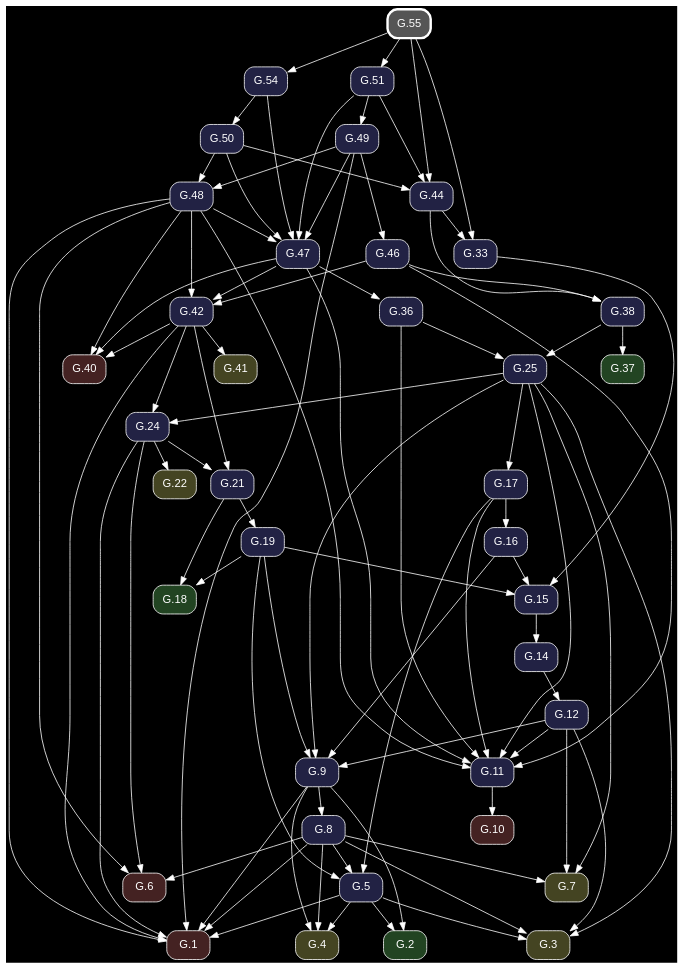
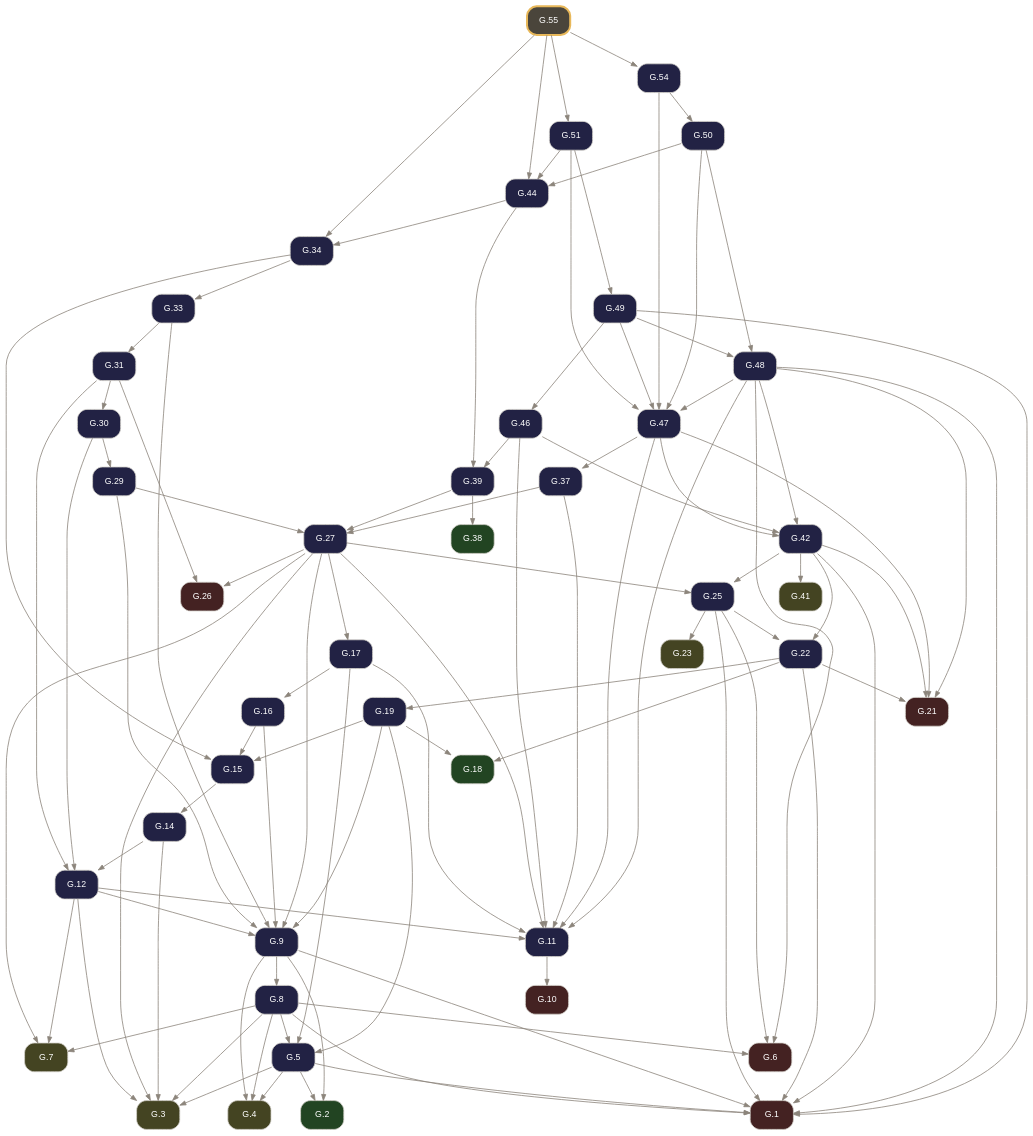
One commit to geometor/elements changed the diagram in docsrc/elements2/G.55/index.rst. Above: the diagram before and after it, drawn with Graphviz. The commit also changed other lines of this file and 261 other files, not shown here.

Commit message:
feat: rebuild Elements 2.0 G-Index pipeline from composed Euclid Heath edition (v0.3.0)

```diff
--- a/docsrc/elements2/G.55/index.rst
+++ b/docsrc/elements2/G.55/index.rst
@@ -37,129 +65,148 @@
 .. graphviz::
 
    digraph {
-     bgcolor="black";
-     node [shape=box, style="rounded,filled", fontname="Helvetica", color="white", fontcolor="white"];
-     edge [color="white", fontcolor="white"];
+     bgcolor="transparent";
+     node [shape=box, style="rounded,filled", fontname="Helvetica", fontsize=11, color="#d6d3cd", fontcolor="#ffffff"];
+     edge [color="#8c857b", fontcolor="#8c857b", arrowsize=0.75];
      rankdir="TB";
-     "G.50" [label="G.50", fillcolor="#222244", URL="/elements2/G.50/", target="_top"];
-     "G.55" [label="G.55", penwidth=3, color="white", fillcolor="#555555", URL="/elements2/G.55/", target="_top"];
-     "G.19" [label="G.19", fillcolor="#222244", URL="/elements2/G.19/", target="_top"];
-     "G.46" [label="G.46", fillcolor="#222244", URL="/elements2/G.46/", target="_top"];
-     "G.24" [label="G.24", fillcolor="#222244", URL="/elements2/G.24/", target="_top"];
-     "G.21" [label="G.21", fillcolor="#222244", URL="/elements2/G.21/", target="_top"];
-     "G.10" [label="G.10", fillcolor="#442222", URL="/elements2/G.10/", target="_top"];
-     "G.42" [label="G.42", fillcolor="#222244", URL="/elements2/G.42/", target="_top"];
-     "G.17" [label="G.17", fillcolor="#222244", URL="/elements2/G.17/", target="_top"];
-     "G.15" [label="G.15", fillcolor="#222244", URL="/elements2/G.15/", target="_top"];
-     "G.3" [label="G.3", fillcolor="#444422", URL="/elements2/G.3/", target="_top"];
-     "G.5" [label="G.5", fillcolor="#222244", URL="/elements2/G.5/", target="_top"];
-     "G.1" [label="G.1", fillcolor="#442222", URL="/elements2/G.1/", target="_top"];
-     "G.2" [label="G.2", fillcolor="#224422", URL="/elements2/G.2/", target="_top"];
-     "G.12" [label="G.12", fillcolor="#222244", URL="/elements2/G.12/", target="_top"];
-     "G.22" [label="G.22", fillcolor="#444422", URL="/elements2/G.22/", target="_top"];
-     "G.54" [label="G.54", fillcolor="#222244", URL="/elements2/G.54/", target="_top"];
-     "G.8" [label="G.8", fillcolor="#222244", URL="/elements2/G.8/", target="_top"];
-     "G.25" [label="G.25", fillcolor="#222244", URL="/elements2/G.25/", target="_top"];
-     "G.49" [label="G.49", fillcolor="#222244", URL="/elements2/G.49/", target="_top"];
-     "G.18" [label="G.18", fillcolor="#224422", URL="/elements2/G.18/", target="_top"];
-     "G.40" [label="G.40", fillcolor="#442222", URL="/elements2/G.40/", target="_top"];
-     "G.4" [label="G.4", fillcolor="#444422", URL="/elements2/G.4/", target="_top"];
-     "G.16" [label="G.16", fillcolor="#222244", URL="/elements2/G.16/", target="_top"];
-     "G.6" [label="G.6", fillcolor="#442222", URL="/elements2/G.6/", target="_top"];
-     "G.38" [label="G.38", fillcolor="#222244", URL="/elements2/G.38/", target="_top"];
-     "G.48" [label="G.48", fillcolor="#222244", URL="/elements2/G.48/", target="_top"];
-     "G.7" [label="G.7", fillcolor="#444422", URL="/elements2/G.7/", target="_top"];
-     "G.41" [label="G.41", fillcolor="#444422", URL="/elements2/G.41/", target="_top"];
-     "G.51" [label="G.51", fillcolor="#222244", URL="/elements2/G.51/", target="_top"];
-     "G.14" [label="G.14", fillcolor="#222244", URL="/elements2/G.14/", target="_top"];
-     "G.36" [label="G.36", fillcolor="#222244", URL="/elements2/G.36/", target="_top"];
-     "G.9" [label="G.9", fillcolor="#222244", URL="/elements2/G.9/", target="_top"];
-     "G.37" [label="G.37", fillcolor="#224422", URL="/elements2/G.37/", target="_top"];
-     "G.11" [label="G.11", fillcolor="#222244", URL="/elements2/G.11/", target="_top"];
-     "G.44" [label="G.44", fillcolor="#222244", URL="/elements2/G.44/", target="_top"];
-     "G.33" [label="G.33", fillcolor="#222244", URL="/elements2/G.33/", target="_top"];
-     "G.47" [label="G.47", fillcolor="#222244", URL="/elements2/G.47/", target="_top"];
-     "G.54" -> "G.50";
-     "G.21" -> "G.19";
-     "G.49" -> "G.46";
-     "G.25" -> "G.24";
-     "G.42" -> "G.24";
-     "G.24" -> "G.21";
-     "G.42" -> "G.21";
-     "G.11" -> "G.10";
-     "G.47" -> "G.42";
-     "G.46" -> "G.42";
-     "G.48" -> "G.42";
-     "G.25" -> "G.17";
-     "G.19" -> "G.15";
-     "G.16" -> "G.15";
-     "G.33" -> "G.15";
+     "G.1" [label="G.1", tooltip="G.1 (I.cn.1)", fillcolor="#442222", URL="../G.1/index.html", target="_top"];
+     "G.2" [label="G.2", tooltip="G.2 (I.def.15)", fillcolor="#224422", URL="../G.2/index.html", target="_top"];
+     "G.3" [label="G.3", tooltip="G.3 (I.post.1)", fillcolor="#444422", URL="../G.3/index.html", target="_top"];
+     "G.4" [label="G.4", tooltip="G.4 (I.post.3)", fillcolor="#444422", URL="../G.4/index.html", target="_top"];
+     "G.5" [label="G.5", tooltip="G.5 (I.1)", fillcolor="#222244", URL="../G.5/index.html", target="_top"];
+     "G.6" [label="G.6", tooltip="G.6 (I.cn.3)", fillcolor="#442222", URL="../G.6/index.html", target="_top"];
+     "G.7" [label="G.7", tooltip="G.7 (I.post.2)", fillcolor="#444422", URL="../G.7/index.html", target="_top"];
+     "G.8" [label="G.8", tooltip="G.8 (I.2)", fillcolor="#222244", URL="../G.8/index.html", target="_top"];
+     "G.9" [label="G.9", tooltip="G.9 (I.3)", fillcolor="#222244", URL="../G.9/index.html", target="_top"];
+     "G.10" [label="G.10", tooltip="G.10 (I.cn.4)", fillcolor="#442222", URL="../G.10/index.html", target="_top"];
+     "G.11" [label="G.11", tooltip="G.11 (I.4)", fillcolor="#222244", URL="../G.11/index.html", target="_top"];
+     "G.12" [label="G.12", tooltip="G.12 (I.5)", fillcolor="#222244", URL="../G.12/index.html", target="_top"];
+     "G.14" [label="G.14", tooltip="G.14 (I.7)", fillcolor="#222244", URL="../G.14/index.html", target="_top"];
+     "G.15" [label="G.15", tooltip="G.15 (I.8)", fillcolor="#222244", URL="../G.15/index.html", target="_top"];
+     "G.16" [label="G.16", tooltip="G.16 (I.9)", fillcolor="#222244", URL="../G.16/index.html", target="_top"];
+     "G.17" [label="G.17", tooltip="G.17 (I.10)", fillcolor="#222244", URL="../G.17/index.html", target="_top"];
+     "G.18" [label="G.18", tooltip="G.18 (I.def.10)", fillcolor="#224422", URL="../G.18/index.html", target="_top"];
+     "G.19" [label="G.19", tooltip="G.19 (I.11)", fillcolor="#222244", URL="../G.19/index.html", target="_top"];
+     "G.21" [label="G.21", tooltip="G.21 (I.cn.2)", fillcolor="#442222", URL="../G.21/index.html", target="_top"];
+     "G.22" [label="G.22", tooltip="G.22 (I.13)", fillcolor="#222244", URL="../G.22/index.html", target="_top"];
+     "G.23" [label="G.23", tooltip="G.23 (I.post.4)", fillcolor="#444422", URL="../G.23/index.html", target="_top"];
+     "G.25" [label="G.25", tooltip="G.25 (I.15)", fillcolor="#222244", URL="../G.25/index.html", target="_top"];
+     "G.26" [label="G.26", tooltip="G.26 (I.cn.5)", fillcolor="#442222", URL="../G.26/index.html", target="_top"];
+     "G.27" [label="G.27", tooltip="G.27 (I.16)", fillcolor="#222244", URL="../G.27/index.html", target="_top"];
+     "G.29" [label="G.29", tooltip="G.29 (I.18)", fillcolor="#222244", URL="../G.29/index.html", target="_top"];
+     "G.30" [label="G.30", tooltip="G.30 (I.19)", fillcolor="#222244", URL="../G.30/index.html", target="_top"];
+     "G.31" [label="G.31", tooltip="G.31 (I.20)", fillcolor="#222244", URL="../G.31/index.html", target="_top"];
+     "G.33" [label="G.33", tooltip="G.33 (I.22)", fillcolor="#222244", URL="../G.33/index.html", target="_top"];
+     "G.34" [label="G.34", tooltip="G.34 (I.23)", fillcolor="#222244", URL="../G.34/index.html", target="_top"];
+     "G.37" [label="G.37", tooltip="G.37 (I.26)", fillcolor="#222244", URL="../G.37/index.html", target="_top"];
+     "G.38" [label="G.38", tooltip="G.38 (I.def.23)", fillcolor="#224422", URL="../G.38/index.html", target="_top"];
+     "G.39" [label="G.39", tooltip="G.39 (I.27)", fillcolor="#222244", URL="../G.39/index.html", target="_top"];
+     "G.41" [label="G.41", tooltip="G.41 (I.post.5)", fillcolor="#444422", URL="../G.41/index.html", target="_top"];
+     "G.42" [label="G.42", tooltip="G.42 (I.29)", fillcolor="#222244", URL="../G.42/index.html", target="_top"];
+     "G.44" [label="G.44", tooltip="G.44 (I.31)", fillcolor="#222244", URL="../G.44/index.html", target="_top"];
+     "G.46" [label="G.46", tooltip="G.46 (I.33)", fillcolor="#222244", URL="../G.46/index.html", target="_top"];
+     "G.47" [label="G.47", tooltip="G.47 (I.34)", fillcolor="#222244", URL="../G.47/index.html", target="_top"];
+     "G.48" [label="G.48", tooltip="G.48 (I.35)", fillcolor="#222244", URL="../G.48/index.html", target="_top"];
+     "G.49" [label="G.49", tooltip="G.49 (I.36)", fillcolor="#222244", URL="../G.49/index.html", target="_top"];
+     "G.50" [label="G.50", tooltip="G.50 (I.37)", fillcolor="#222244", URL="../G.50/index.html", target="_top"];
+     "G.51" [label="G.51", tooltip="G.51 (I.38)", fillcolor="#222244", URL="../G.51/index.html", target="_top"];
+     "G.54" [label="G.54", tooltip="G.54 (I.41)", fillcolor="#222244", URL="../G.54/index.html", target="_top"];
+     "G.55" [label="G.55", tooltip="G.55 (I.42)", penwidth=2.5, color="#e8b85a", fillcolor="#4a453b", URL="index.html", target="_top"];
+     "G.5" -> "G.1";
+     "G.8" -> "G.1";
+     "G.9" -> "G.1";
+     "G.22" -> "G.1";
+     "G.25" -> "G.1";
+     "G.42" -> "G.1";
+     "G.48" -> "G.1";
+     "G.49" -> "G.1";
+     "G.5" -> "G.2";
+     "G.9" -> "G.2";
      "G.5" -> "G.3";
-     "G.25" -> "G.3";
      "G.8" -> "G.3";
      "G.12" -> "G.3";
-     "G.19" -> "G.5";
-     "G.8" -> "G.5";
-     "G.17" -> "G.5";
-     "G.5" -> "G.1";
-     "G.24" -> "G.1";
-     "G.49" -> "G.1";
-     "G.48" -> "G.1";
-     "G.8" -> "G.1";
-     "G.42" -> "G.1";
-     "G.9" -> "G.1";
-     "G.5" -> "G.2";
-     "G.9" -> "G.2";
-     "G.14" -> "G.12";
-     "G.24" -> "G.22";
-     "G.55" -> "G.54";
-     "G.9" -> "G.8";
-     "G.36" -> "G.25";
-     "G.38" -> "G.25";
-     "G.51" -> "G.49";
-     "G.19" -> "G.18";
-     "G.21" -> "G.18";
-     "G.47" -> "G.40";
-     "G.48" -> "G.40";
-     "G.42" -> "G.40";
+     "G.14" -> "G.3";
+     "G.27" -> "G.3";
      "G.5" -> "G.4";
      "G.8" -> "G.4";
      "G.9" -> "G.4";
+     "G.8" -> "G.5";
+     "G.17" -> "G.5";
+     "G.19" -> "G.5";
+     "G.8" -> "G.6";
+     "G.25" -> "G.6";
+     "G.48" -> "G.6";
+     "G.8" -> "G.7";
+     "G.12" -> "G.7";
+     "G.27" -> "G.7";
+     "G.9" -> "G.8";
+     "G.12" -> "G.9";
+     "G.16" -> "G.9";
+     "G.19" -> "G.9";
+     "G.27" -> "G.9";
+     "G.29" -> "G.9";
+     "G.33" -> "G.9";
+     "G.11" -> "G.10";
+     "G.12" -> "G.11";
+     "G.17" -> "G.11";
+     "G.27" -> "G.11";
+     "G.37" -> "G.11";
+     "G.46" -> "G.11";
+     "G.47" -> "G.11";
+     "G.48" -> "G.11";
+     "G.14" -> "G.12";
+     "G.30" -> "G.12";
+     "G.31" -> "G.12";
+     "G.15" -> "G.14";
+     "G.16" -> "G.15";
+     "G.19" -> "G.15";
+     "G.34" -> "G.15";
      "G.17" -> "G.16";
-     "G.24" -> "G.6";
-     "G.48" -> "G.6";
-     "G.8" -> "G.6";
-     "G.46" -> "G.38";
-     "G.44" -> "G.38";
+     "G.27" -> "G.17";
+     "G.19" -> "G.18";
+     "G.22" -> "G.18";
+     "G.22" -> "G.19";
+     "G.22" -> "G.21";
+     "G.42" -> "G.21";
+     "G.47" -> "G.21";
+     "G.48" -> "G.21";
+     "G.25" -> "G.22";
+     "G.42" -> "G.22";
+     "G.25" -> "G.23";
+     "G.27" -> "G.25";
+     "G.42" -> "G.25";
+     "G.27" -> "G.26";
+     "G.31" -> "G.26";
+     "G.29" -> "G.27";
+     "G.37" -> "G.27";
+     "G.39" -> "G.27";
+     "G.30" -> "G.29";
+     "G.31" -> "G.30";
+     "G.33" -> "G.31";
+     "G.34" -> "G.33";
+     "G.44" -> "G.34";
+     "G.55" -> "G.34";
+     "G.47" -> "G.37";
+     "G.39" -> "G.38";
+     "G.44" -> "G.39";
+     "G.46" -> "G.39";
+     "G.42" -> "G.41";
+     "G.46" -> "G.42";
+     "G.47" -> "G.42";
+     "G.48" -> "G.42";
+     "G.50" -> "G.44";
+     "G.51" -> "G.44";
+     "G.55" -> "G.44";
+     "G.49" -> "G.46";
+     "G.48" -> "G.47";
+     "G.49" -> "G.47";
+     "G.50" -> "G.47";
+     "G.51" -> "G.47";
+     "G.54" -> "G.47";
      "G.49" -> "G.48";
      "G.50" -> "G.48";
-     "G.25" -> "G.7";
-     "G.8" -> "G.7";
-     "G.12" -> "G.7";
-     "G.42" -> "G.41";
+     "G.51" -> "G.49";
+     "G.54" -> "G.50";
      "G.55" -> "G.51";
-     "G.15" -> "G.14";
-     "G.47" -> "G.36";
-     "G.19" -> "G.9";
-     "G.25" -> "G.9";
-     "G.16" -> "G.9";
-     "G.12" -> "G.9";
-     "G.38" -> "G.37";
-     "G.36" -> "G.11";
-     "G.47" -> "G.11";
-     "G.46" -> "G.11";
-     "G.48" -> "G.11";
-     "G.25" -> "G.11";
-     "G.17" -> "G.11";
-     "G.12" -> "G.11";
-     "G.51" -> "G.44";
-     "G.55" -> "G.44";
-     "G.50" -> "G.44";
-     "G.44" -> "G.33";
-     "G.55" -> "G.33";
-     "G.54" -> "G.47";
-     "G.49" -> "G.47";
-     "G.48" -> "G.47";
-     "G.51" -> "G.47";
-     "G.50" -> "G.47";
+     "G.55" -> "G.54";
    }
```
